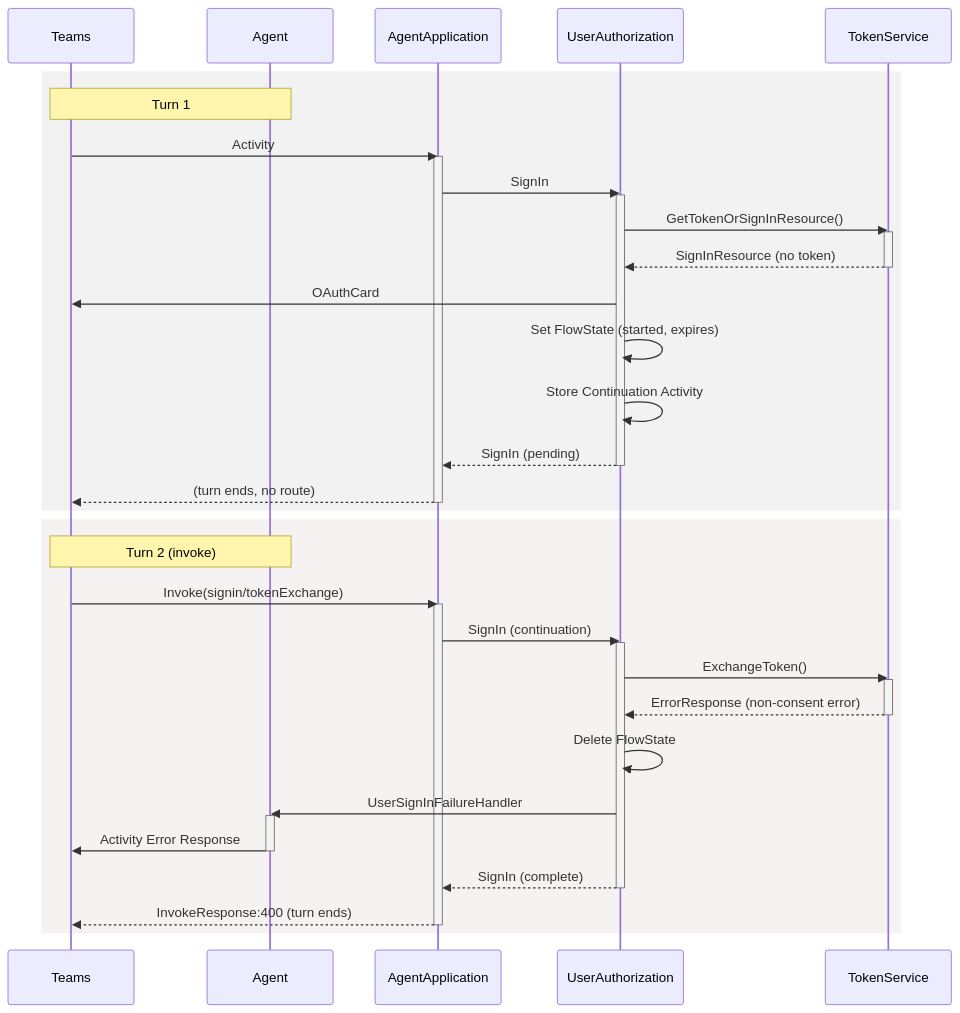
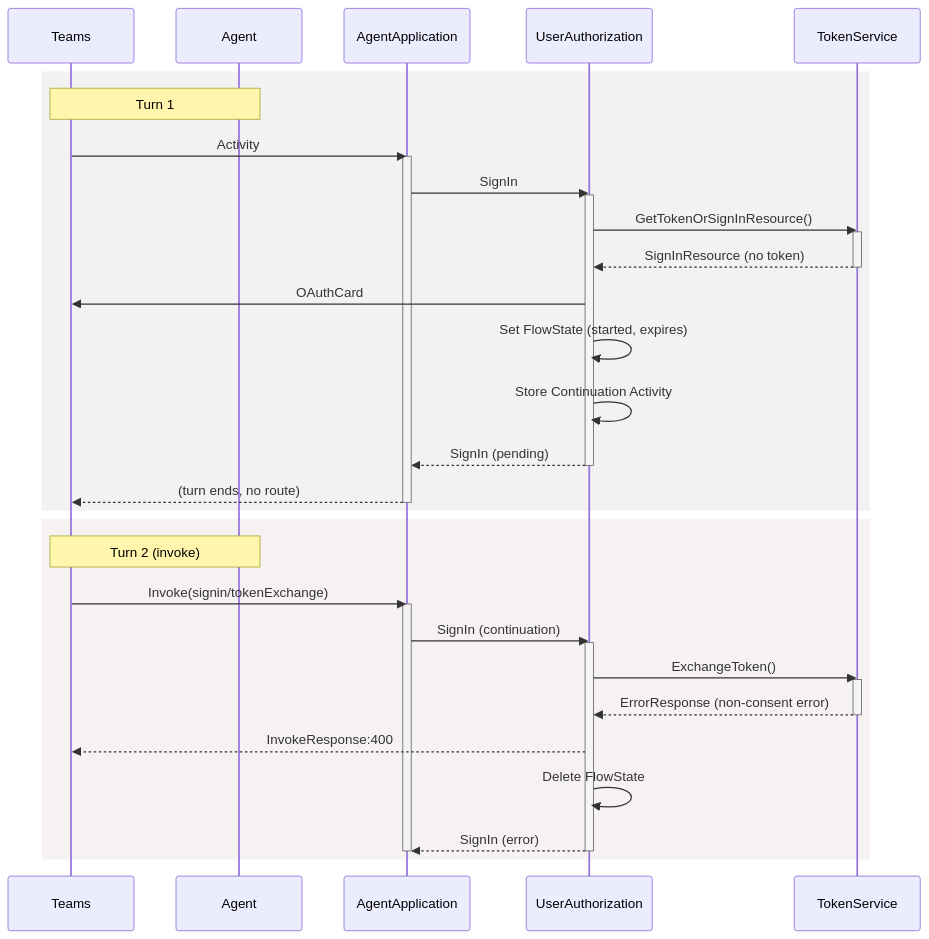
One commit to microsoft/Agents-for-net changed the fourth of 4 diagrams in docs/teams-sso-sequence-diagram.md. Above: the diagram before and after it, drawn with Mermaid. The commit also changed other lines of this file, not shown here.

First line of the commit message:
docs: fix sequence diagram drift in teams-sso-sequence-diagram.md

````diff
--- a/docs/teams-sso-sequence-diagram.md
+++ b/docs/teams-sso-sequence-diagram.md
@@ -221,50 +221,46 @@
 ```mermaid
 sequenceDiagram
     participant Teams
     participant Agent
     participant AgentApplication
     participant UserAuthorization
     participant TokenService
 
     %% turn 1
     rect rgba(128, 128, 128, .1)
     Note over Teams,Agent: Turn 1
     Teams->>AgentApplication: Activity
     activate AgentApplication
     AgentApplication->>UserAuthorization: SignIn
     activate UserAuthorization
     UserAuthorization->>TokenService: GetTokenOrSignInResource()
     activate TokenService
     TokenService-->>UserAuthorization: SignInResource (no token)
     deactivate TokenService
     UserAuthorization->>Teams: OAuthCard
     UserAuthorization->>UserAuthorization: Set FlowState (started, expires)
     UserAuthorization->>UserAuthorization: Store Continuation Activity
     UserAuthorization-->>AgentApplication: SignIn (pending)
     deactivate UserAuthorization
     AgentApplication-->>Teams: (turn ends, no route)
     deactivate AgentApplication
     end
 
     %% turn 2
     rect rgba(170, 128, 128, .1)
     Note over Teams, Agent: Turn 2 (invoke)
     Teams->>AgentApplication: Invoke(signin/tokenExchange)
     activate AgentApplication
     AgentApplication->>UserAuthorization: SignIn (continuation)
     activate UserAuthorization
     UserAuthorization->>TokenService: ExchangeToken()
     activate TokenService
     TokenService-->>UserAuthorization: ErrorResponse (non-consent error)
     deactivate TokenService
+    UserAuthorization-->>Teams: InvokeResponse:400
     UserAuthorization->>UserAuthorization: Delete FlowState
-    UserAuthorization->>Agent: UserSignInFailureHandler
-    activate Agent
-    Agent->>Teams: Activity Error Response
-    deactivate Agent
-    UserAuthorization-->>AgentApplication: SignIn (complete)
+    UserAuthorization-->>AgentApplication: SignIn (error)
     deactivate UserAuthorization
-    AgentApplication-->>Teams: InvokeResponse:400 (turn ends)
     deactivate AgentApplication
     end
 ```
````
